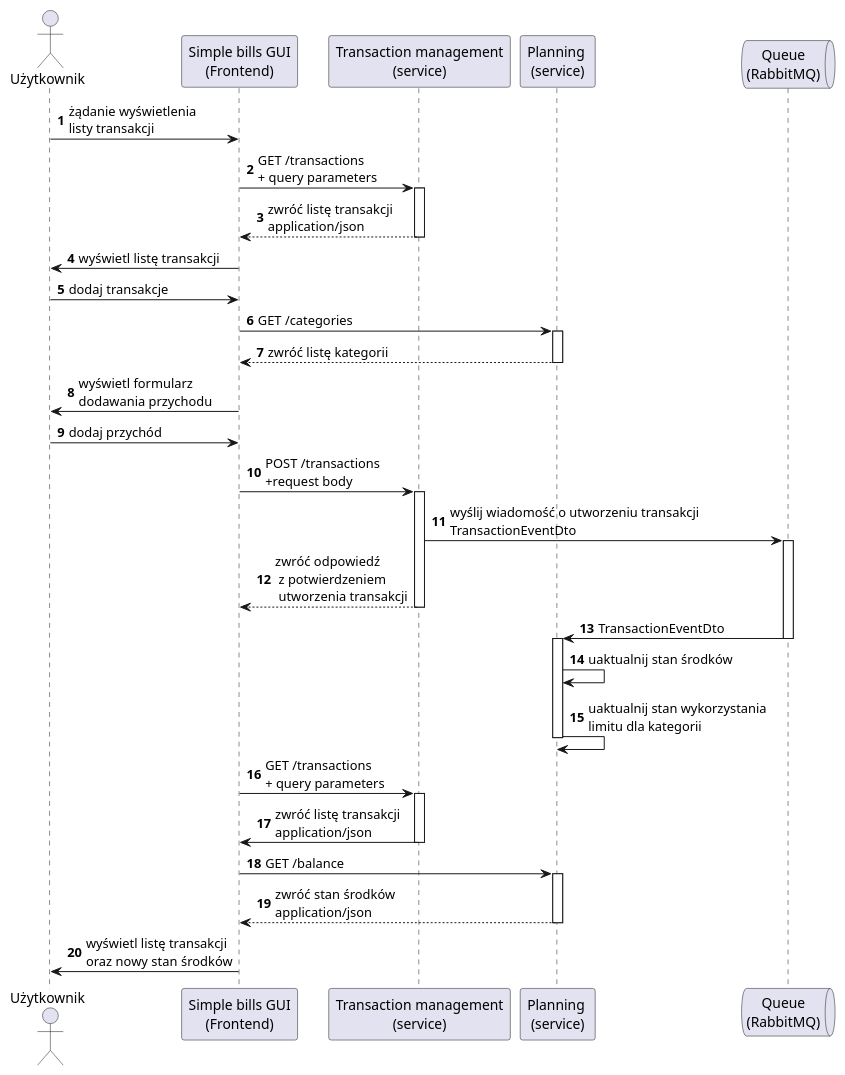
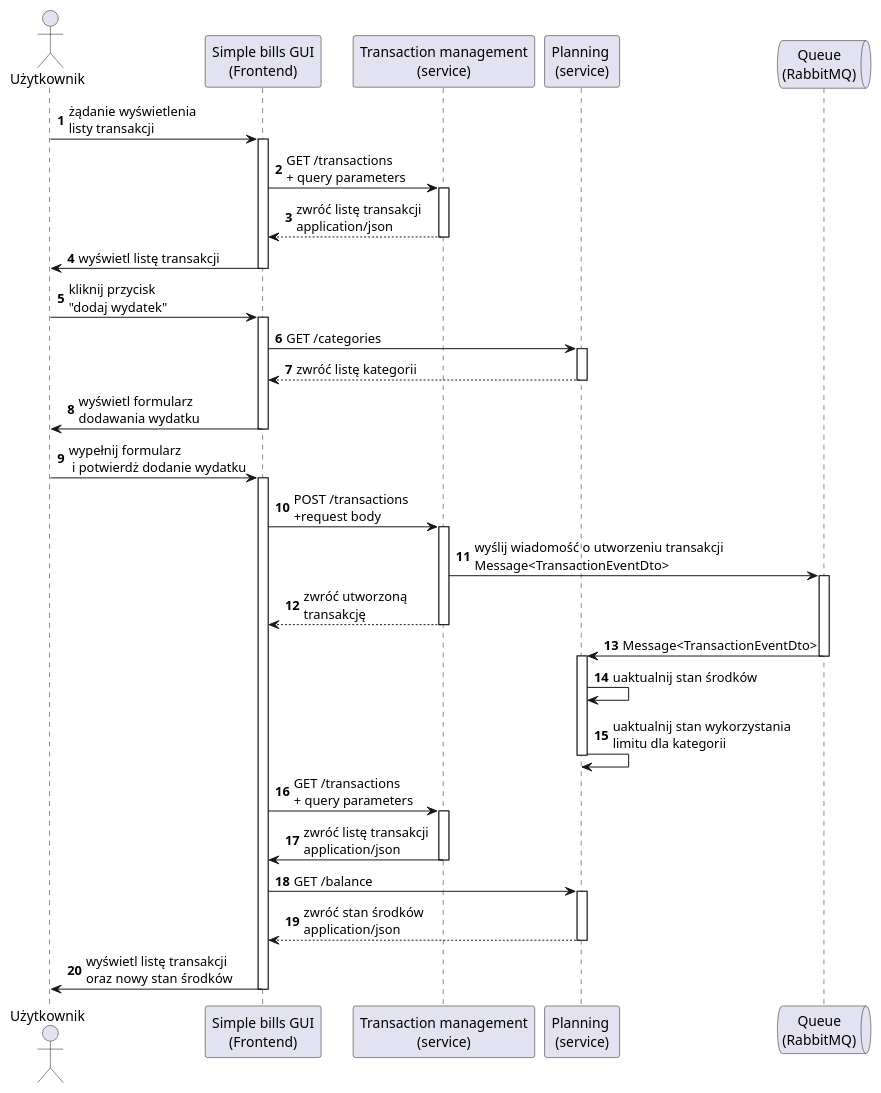
The diagram in diagrams/sewuence-diagrams/add-new-expense.puml (lukaszse/simple-bills), drawn with PlantUML before and after one commit. The commit also changed 1 other file, not shown here.

Commit message:
update diagrams

```diff
--- a/diagrams/sewuence-diagrams/add-new-expense.puml
+++ b/diagrams/sewuence-diagrams/add-new-expense.puml
@@ -1,66 +1,72 @@
 @startuml
 'https://plantuml.com/sequence-diagram
 
 autonumber
 
 actor Użytkownik as user
 participant "Simple bills GUI\n(Frontend)" as gui
 participant "Transaction management\n(service)" as transaction
 participant "Planning \n(service)" as planning
 queue "Queue\n(RabbitMQ)" as rabbit
 
 user -> gui: żądanie wyświetlenia\nlisty transakcji
+activate gui
 
 gui -> transaction: GET /transactions\n+ query parameters
 activate transaction
 
 transaction --> gui: zwróć listę transakcji \napplication/json
 deactivate transaction
 
 gui -> user: wyświetl listę transakcji
+deactivate gui
 
-user -> gui: dodaj transakcje
+user -> gui: kliknij przycisk\n"dodaj wydatek"
+activate gui
 
 gui -> planning:GET /categories
 activate planning
 
 planning --> gui: zwróć listę kategorii
 deactivate planning
 
-gui -> user:wyświetl formularz\ndodawania przychodu
+gui -> user:wyświetl formularz\ndodawania wydatku
+deactivate gui
 
-user -> gui: dodaj przychód
+user -> gui: wypełnij formularz\n i potwierdż dodanie wydatku
+activate gui
 
 gui -> transaction: POST /transactions\n+request body
 activate transaction
 
-transaction -> rabbit: wyślij wiadomość o utworzeniu transakcji\nTransactionEventDto
+transaction -> rabbit: wyślij wiadomość o utworzeniu transakcji\nMessage<TransactionEventDto>
 activate rabbit
 
-transaction --> gui: zwróć odpowiedź\n z potwierdzeniem\n utworzenia transakcji
+transaction --> gui: zwróć utworzoną\ntransakcję
 deactivate transaction
 
-rabbit -> planning: TransactionEventDto
+rabbit -> planning: Message<TransactionEventDto>
 deactivate rabbit
 activate planning
 
 planning -> planning: uaktualnij stan środków
 planning -> planning: uaktualnij stan wykorzystania\nlimitu dla kategorii
 deactivate planning
 
 gui -> transaction: GET /transactions\n+ query parameters
 activate transaction
 
 
 transaction -> gui: zwróć listę transakcji \napplication/json
 deactivate transaction
 
 gui -> planning: GET /balance
 activate planning
 
 planning --> gui: zwróć stan środków\napplication/json
 deactivate planning
 
 gui -> user: wyświetl listę transakcji\noraz nowy stan środków
+deactivate gui
 
 @enduml
```
